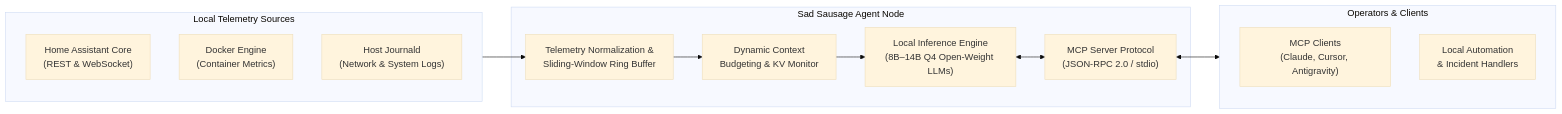
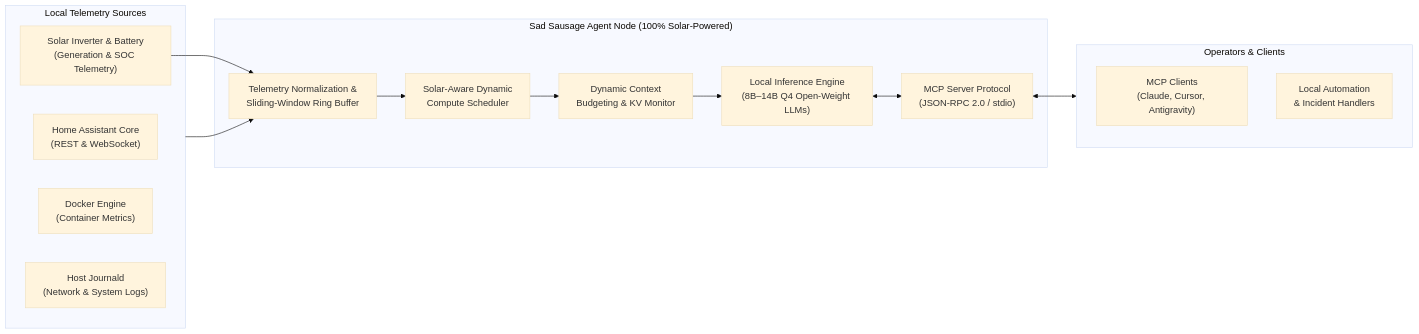
One commit to TheKlython/sad-sausage changed the diagram in README.md. Above: the diagram before and after it, drawn with Mermaid (base theme). The commit also changed other lines of this file and 9 other files, not shown here.

Commit message:
feat: Highlight 100% solar-powered and carbon-neutral edge operations

````diff
--- a/README.md
+++ b/README.md
@@ -18,26 +20,30 @@
 ```mermaid
 flowchart LR
     subgraph Sources["Local Telemetry Sources"]
         HA["Home Assistant Core\n(REST & WebSocket)"]
+        Solar["Solar Inverter & Battery\n(Generation & SOC Telemetry)"]
         Docker["Docker Engine\n(Container Metrics)"]
         Syslog["Host Journald\n(Network & System Logs)"]
     end
 
-    subgraph AgentNode["Sad Sausage Agent Node"]
+    subgraph AgentNode["Sad Sausage Agent Node (100% Solar-Powered)"]
         Ingest["Telemetry Normalization &\nSliding-Window Ring Buffer"]
+        SolarSched["Solar-Aware Dynamic\nCompute Scheduler"]
         MemMgr["Dynamic Context\nBudgeting & KV Monitor"]
         LLM["Local Inference Engine\n(8B–14B Q4 Open-Weight LLMs)"]
         MCP["MCP Server Protocol\n(JSON-RPC 2.0 / stdio)"]
     end
 
     subgraph Consumers["Operators & Clients"]
         Clients["MCP Clients\n(Claude, Cursor, Antigravity)"]
         Ops["Local Automation\n& Incident Handlers"]
     end
 
     Sources --> Ingest
-    Ingest --> MemMgr
+    Solar --> Ingest
+    Ingest --> SolarSched
+    SolarSched --> MemMgr
     MemMgr --> LLM
     LLM <--> MCP
     MCP <--> Consumers
 ```
````
